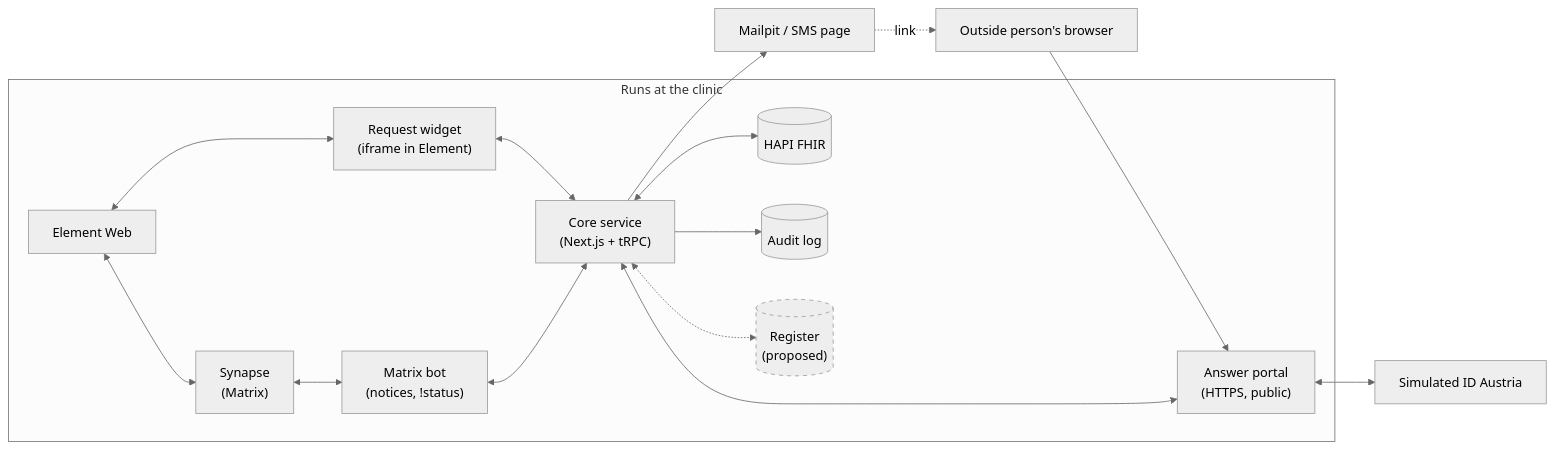
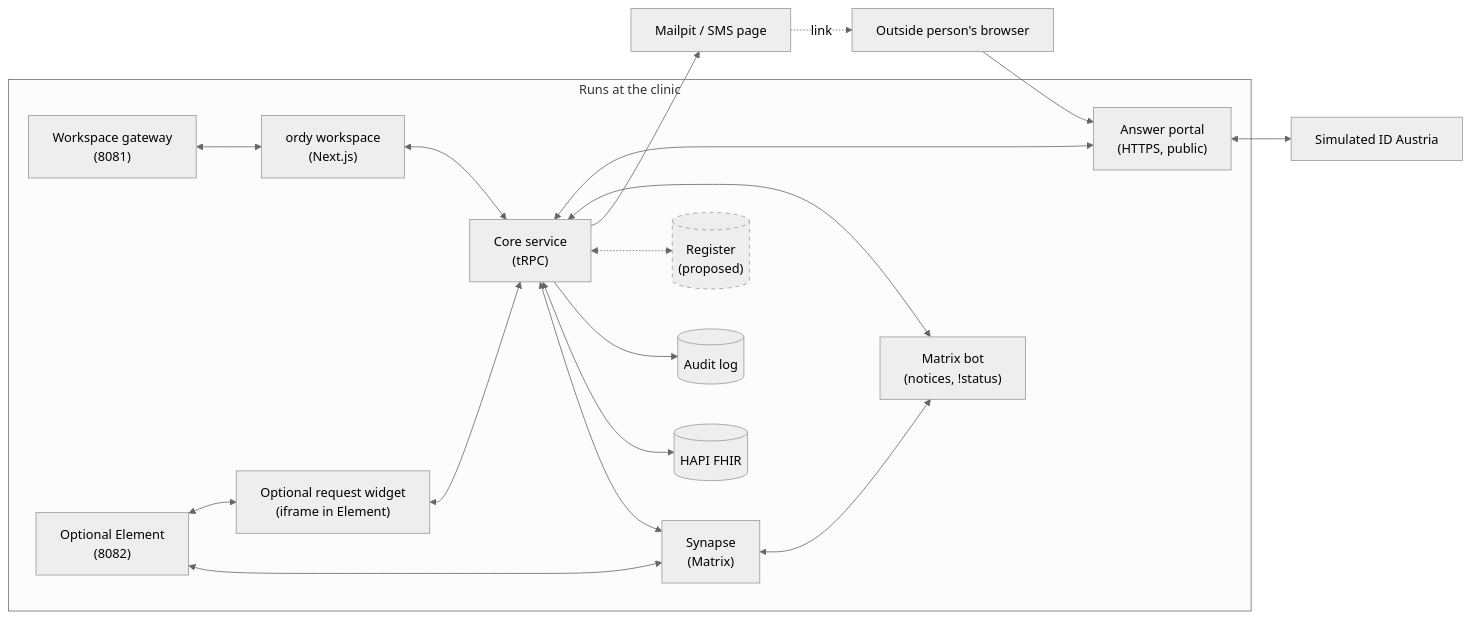
The third of 3 diagrams in docs/UML.md (Chaissen/AIM-Hackathon), drawn with Mermaid (neutral theme) before and after one commit. The commit also changed other lines of this file and 43 other files, not shown here.

Commit message:
feat(workspace): replace the Element entry with ordy (#65)

````diff
--- a/docs/UML.md
+++ b/docs/UML.md
@@ -192,21 +192,24 @@
 ```mermaid
 flowchart LR
     subgraph Clinic["Runs at the clinic"]
-        element["Element Web"] <--> synapse["Synapse<br/>(Matrix)"]
-        element <--> widget["Request widget<br/>(iframe in Element)"]
-        widget <--> core["Core service<br/>(Next.js + tRPC)"]
+        gateway["Workspace gateway<br/>(8081)"] <--> workspace["ordy workspace<br/>(Next.js)"]
+        workspace <--> core["Core service<br/>(tRPC)"]
+        core <--> synapse["Synapse<br/>(Matrix)"]
+        element["Optional Element<br/>(8082)"] <--> synapse
+        element <--> widget["Optional request widget<br/>(iframe in Element)"]
+        widget <--> core
         synapse <--> bot["Matrix bot<br/>(notices, !status)"]
         bot <--> core
         core <--> fhirsrv[("HAPI FHIR")]
         core --> audit[("Audit log")]
         core <-.-> reg[("Register<br/>(proposed)")]
         portal["Answer portal<br/>(HTTPS, public)"] <--> core
     end
     core --> mail["Mailpit / SMS page"]
     mail -. "link" .-> browser["Outside person's browser"]
     browser --> portal
     portal <--> eid["Simulated ID Austria"]
 
     classDef planned stroke-dasharray: 5 5
     class reg planned
 ```
````
